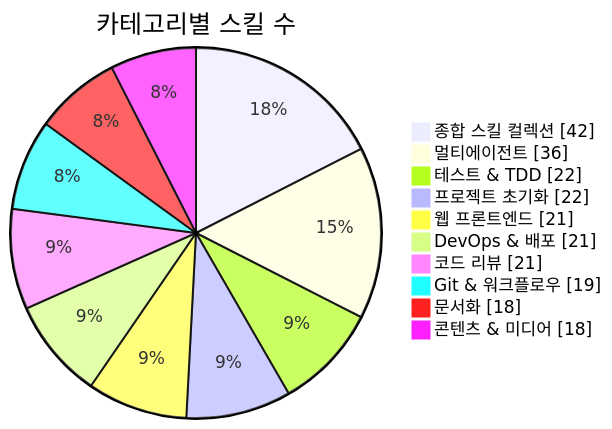
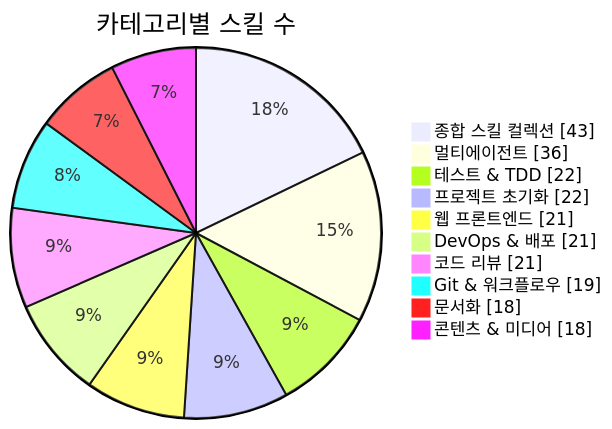
Before and after one commit to J-nowcow/awesome-korean-agent-skills: the first of 3 diagrams in README.md, drawn with Mermaid. The commit also changed other lines of this file and 3 other files, not shown here.

````diff
--- a/README.md
+++ b/README.md
@@ -176,14 +176,14 @@
 ```mermaid
 pie showData
     title 카테고리별 스킬 수
-    "종합 스킬 컬렉션" : 42
+    "종합 스킬 컬렉션" : 43
     "멀티에이전트" : 36
     "테스트 & TDD" : 22
     "프로젝트 초기화" : 22
     "웹 프론트엔드" : 21
     "DevOps & 배포" : 21
     "코드 리뷰" : 21
     "Git & 워크플로우" : 19
     "문서화" : 18
     "콘텐츠 & 미디어" : 18
 ```
````
